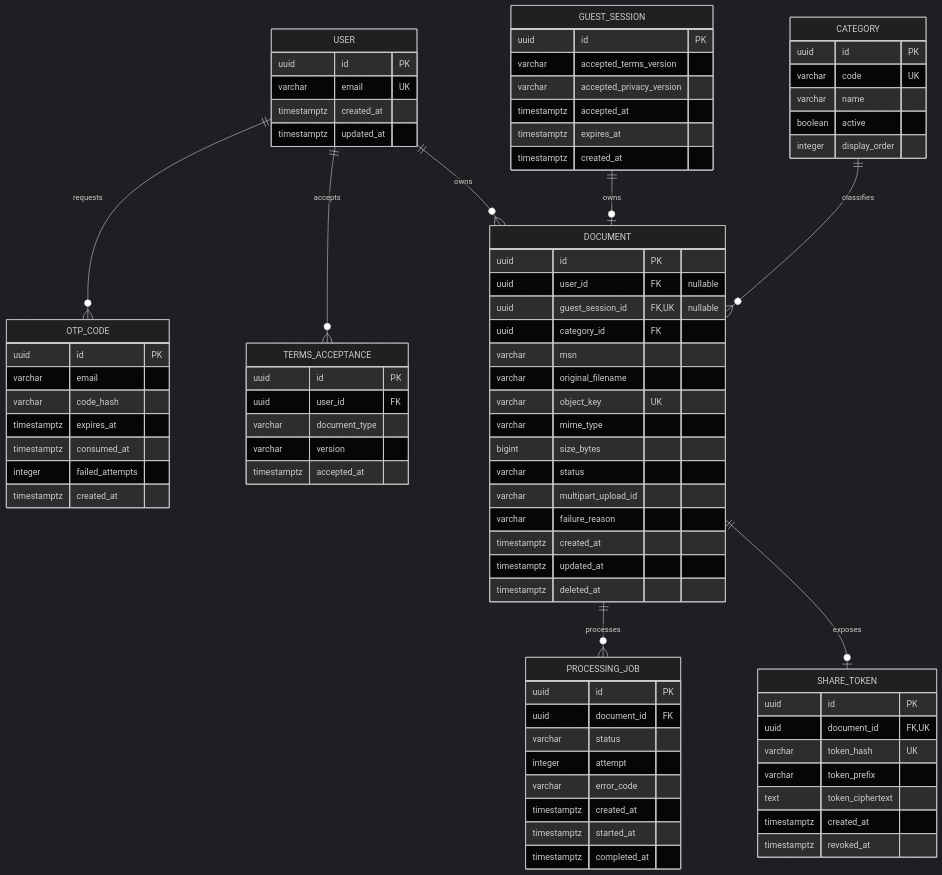
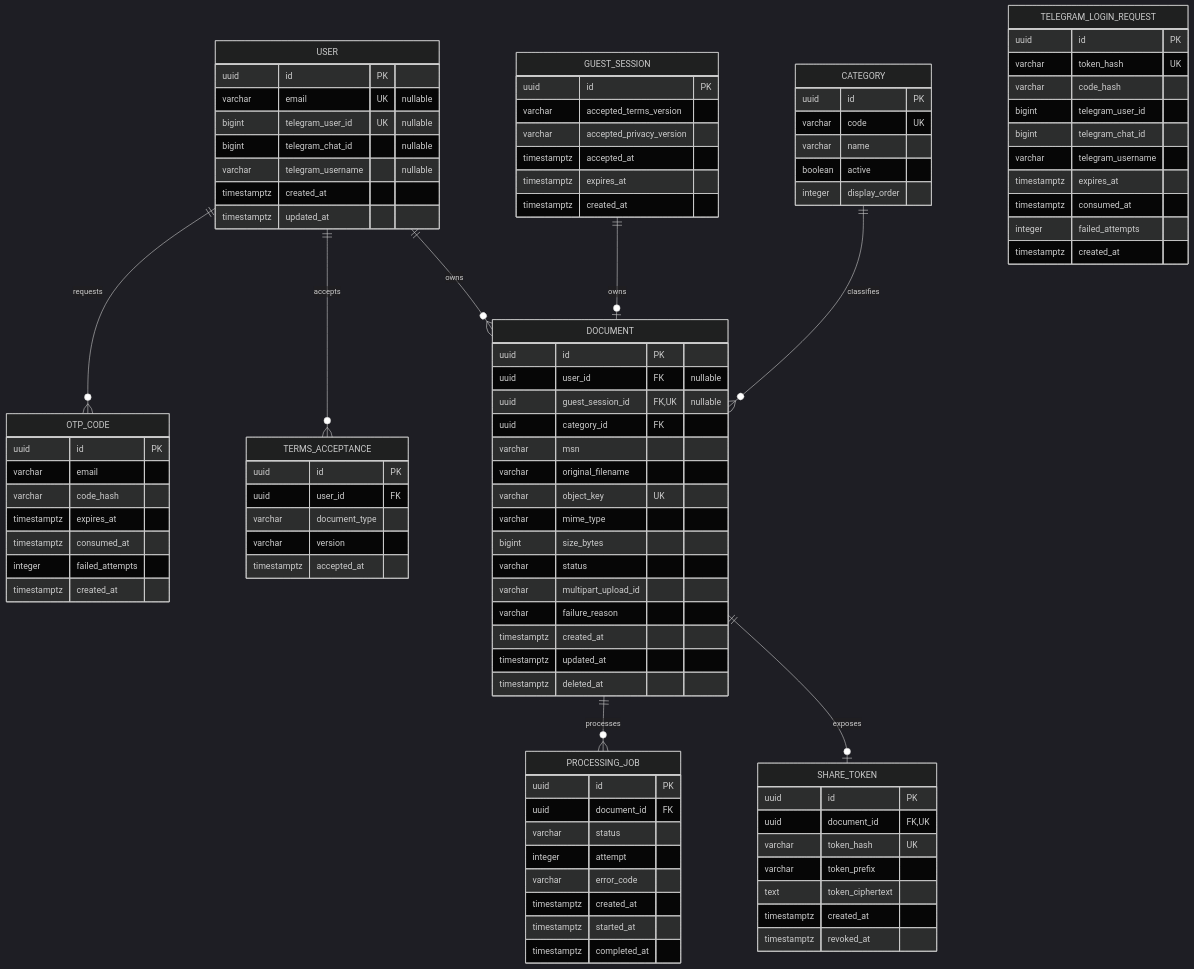
Before and after one commit to SimonVolman/fly-ae-platform: the diagram in docs/database.md, drawn with Mermaid (dark theme). The commit also changed other lines of this file and 37 other files, not shown here.

```diff
--- a/docs/database.md
+++ b/docs/database.md
@@ -18,7 +18,10 @@
 
     USER {
       uuid id PK
-      varchar email UK
+      varchar email UK "nullable"
+      bigint telegram_user_id UK "nullable"
+      bigint telegram_chat_id "nullable"
+      varchar telegram_username "nullable"
       timestamptz created_at
       timestamptz updated_at
     }
@@ -26,6 +29,18 @@
       uuid id PK
       varchar email
       varchar code_hash
+      timestamptz expires_at
+      timestamptz consumed_at
+      integer failed_attempts
+      timestamptz created_at
+    }
+    TELEGRAM_LOGIN_REQUEST {
+      uuid id PK
+      varchar token_hash UK
+      varchar code_hash
+      bigint telegram_user_id
+      bigint telegram_chat_id
+      varchar telegram_username
       timestamptz expires_at
       timestamptz consumed_at
       integer failed_attempts
```
